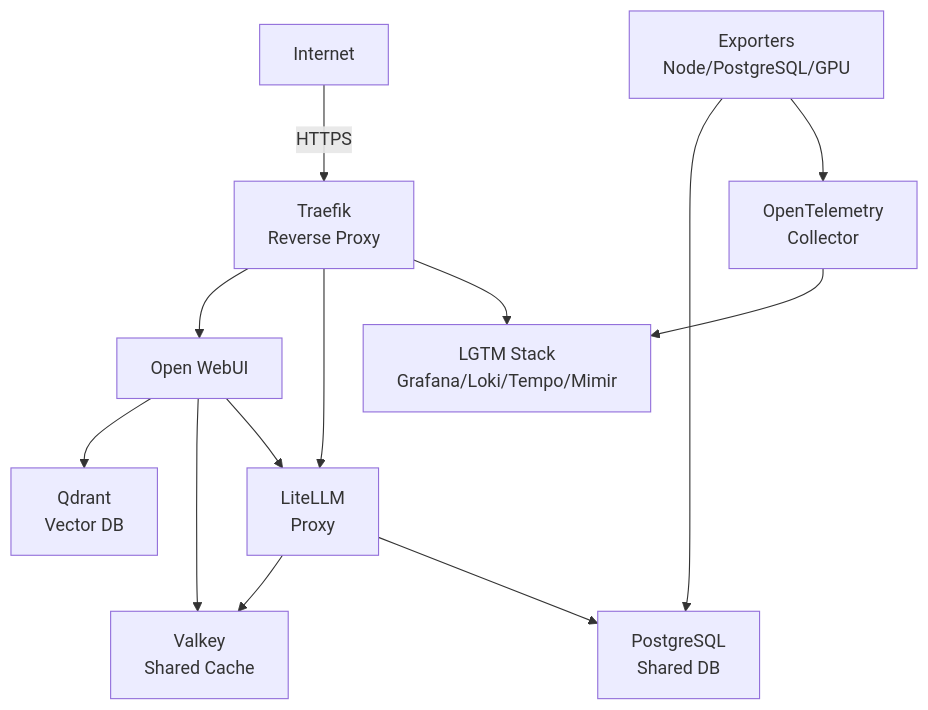
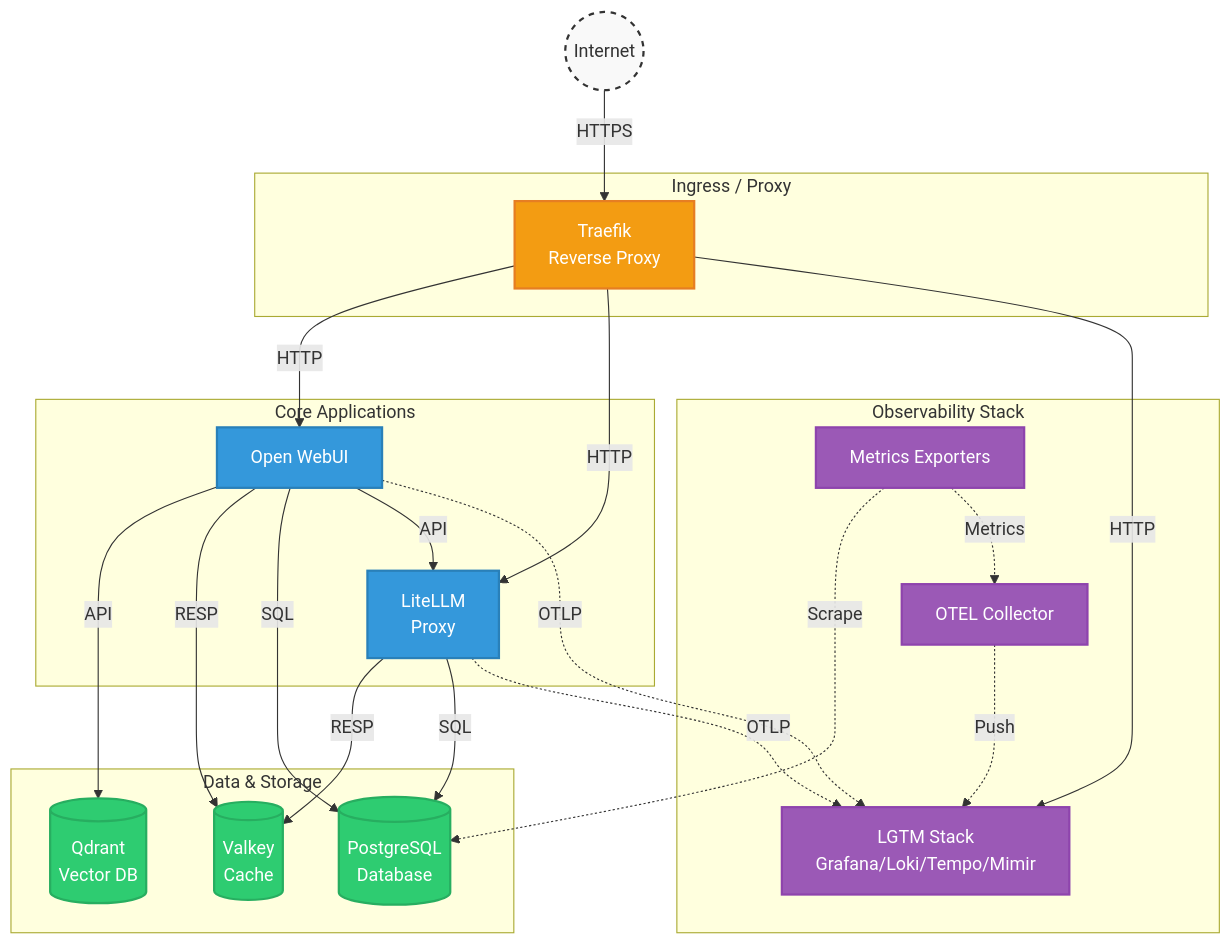
Before and after one commit to krousenick/openwebui-stack: the diagram in README.md, drawn with Mermaid.

Commit message:
docs: enhance architecture diagram with detailed subgraphs and traffic flow

````diff
--- a/README.md
+++ b/README.md
@@ -7,29 +7,56 @@
 ```mermaid
 graph TB
-    Internet[Internet]
-    Traefik[Traefik<br/>Reverse Proxy]
-    OpenWebUI[Open WebUI]
-    LiteLLM[LiteLLM<br/>Proxy]
-    LGTM[LGTM Stack<br/>Grafana/Loki/Tempo/Mimir]
-    Qdrant[Qdrant<br/>Vector DB]
-    Valkey[Valkey<br/>Shared Cache]
-    PostgreSQL[PostgreSQL<br/>Shared DB]
-    OTEL[OpenTelemetry<br/>Collector]
-    Exporters[Exporters<br/>Node/PostgreSQL/GPU]
+    classDef internet fill:#f9f9f9,stroke:#333,stroke-width:2px,color:#333,stroke-dasharray: 5 5;
+    classDef proxy fill:#f39c12,stroke:#e67e22,stroke-width:2px,color:#fff;
+    classDef app fill:#3498db,stroke:#2980b9,stroke-width:2px,color:#fff;
+    classDef db fill:#2ecc71,stroke:#27ae60,stroke-width:2px,color:#fff;
+    classDef obs fill:#9b59b6,stroke:#8e44ad,stroke-width:2px,color:#fff;
+
+    Internet((Internet)):::internet
+
+    subgraph Ingress [Ingress / Proxy]
+        Traefik[Traefik<br/>Reverse Proxy]:::proxy
+    end
+
+    subgraph Core [Core Applications]
+        OpenWebUI[Open WebUI]:::app
+        LiteLLM[LiteLLM<br/>Proxy]:::app
+    end
+
+    subgraph Data [Data & Storage]
+        Qdrant[(Qdrant<br/>Vector DB)]:::db
+        Valkey[(Valkey<br/>Cache)]:::db
+        PostgreSQL[(PostgreSQL<br/>Database)]:::db
+    end
+
+    subgraph Observability [Observability Stack]
+        LGTM[LGTM Stack<br/>Grafana/Loki/Tempo/Mimir]:::obs
+        OTEL[OTEL Collector]:::obs
+        Exporters[Metrics Exporters]:::obs
+    end
     
+    %% Traffic flow
     Internet -->|HTTPS| Traefik
-    Traefik --> OpenWebUI
-    Traefik --> LiteLLM
-    Traefik --> LGTM
     
-    OpenWebUI --> Qdrant
-    OpenWebUI --> Valkey
-    OpenWebUI --> LiteLLM
+    Traefik -->|HTTP| OpenWebUI
+    Traefik -->|HTTP| LiteLLM
+    Traefik -->|HTTP| LGTM
     
-    LiteLLM --> Valkey
-    LiteLLM --> PostgreSQL
+    OpenWebUI -->|API| Qdrant
+    OpenWebUI -->|RESP| Valkey
+    OpenWebUI -->|SQL| PostgreSQL
+
+    OpenWebUI -->|API| LiteLLM
     
-    Exporters --> PostgreSQL
-    Exporters --> OTEL
-    OTEL --> LGTM
+    LiteLLM -->|RESP| Valkey
+    LiteLLM -->|SQL| PostgreSQL
+    
+    %% Exporters querying targets
+    Exporters -.->|Scrape| PostgreSQL
+    
+    %% Telemetry flow (dashed)
+    LiteLLM -.->|OTLP| LGTM
+    OpenWebUI -.->|OTLP| LGTM
+    Exporters -.->|Metrics| OTEL
+    OTEL -.->|Push| LGTM
 ```
````
